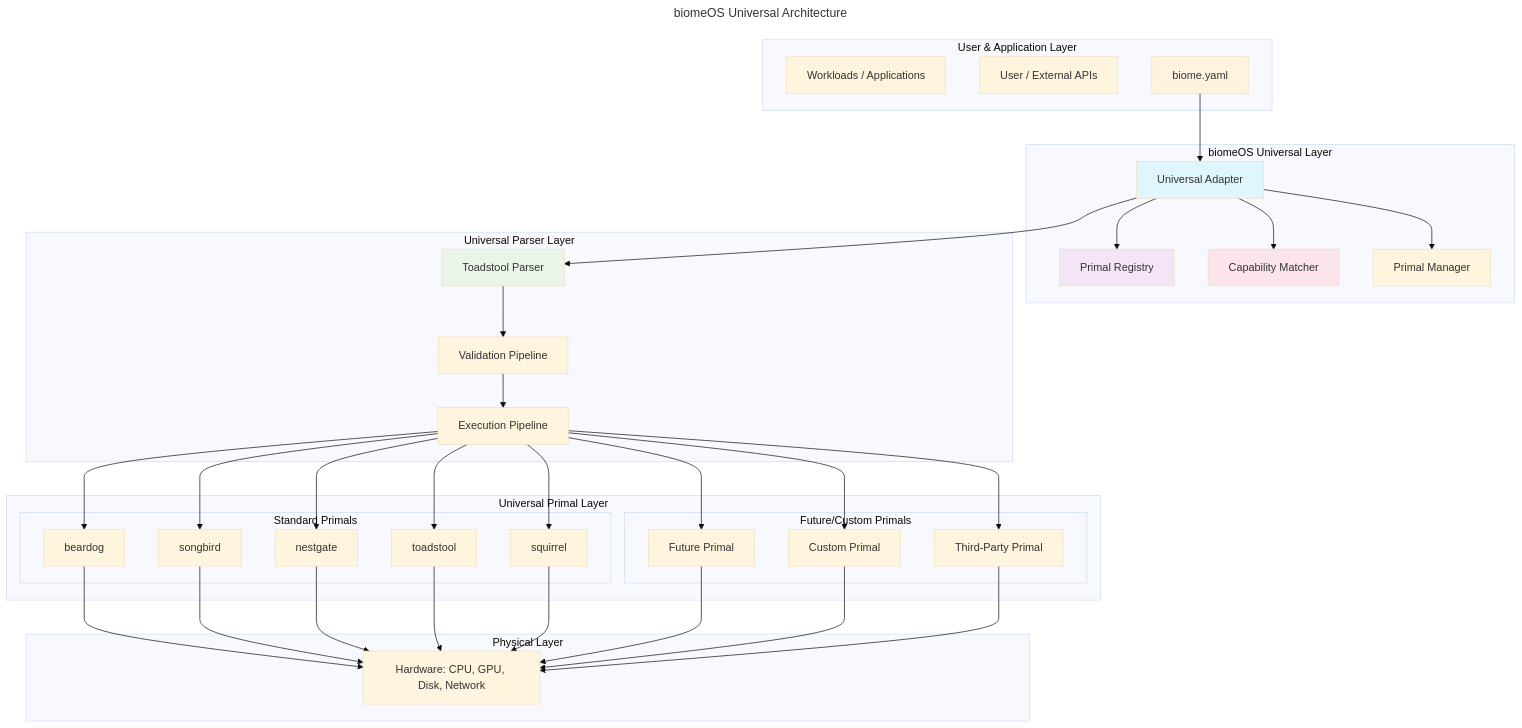
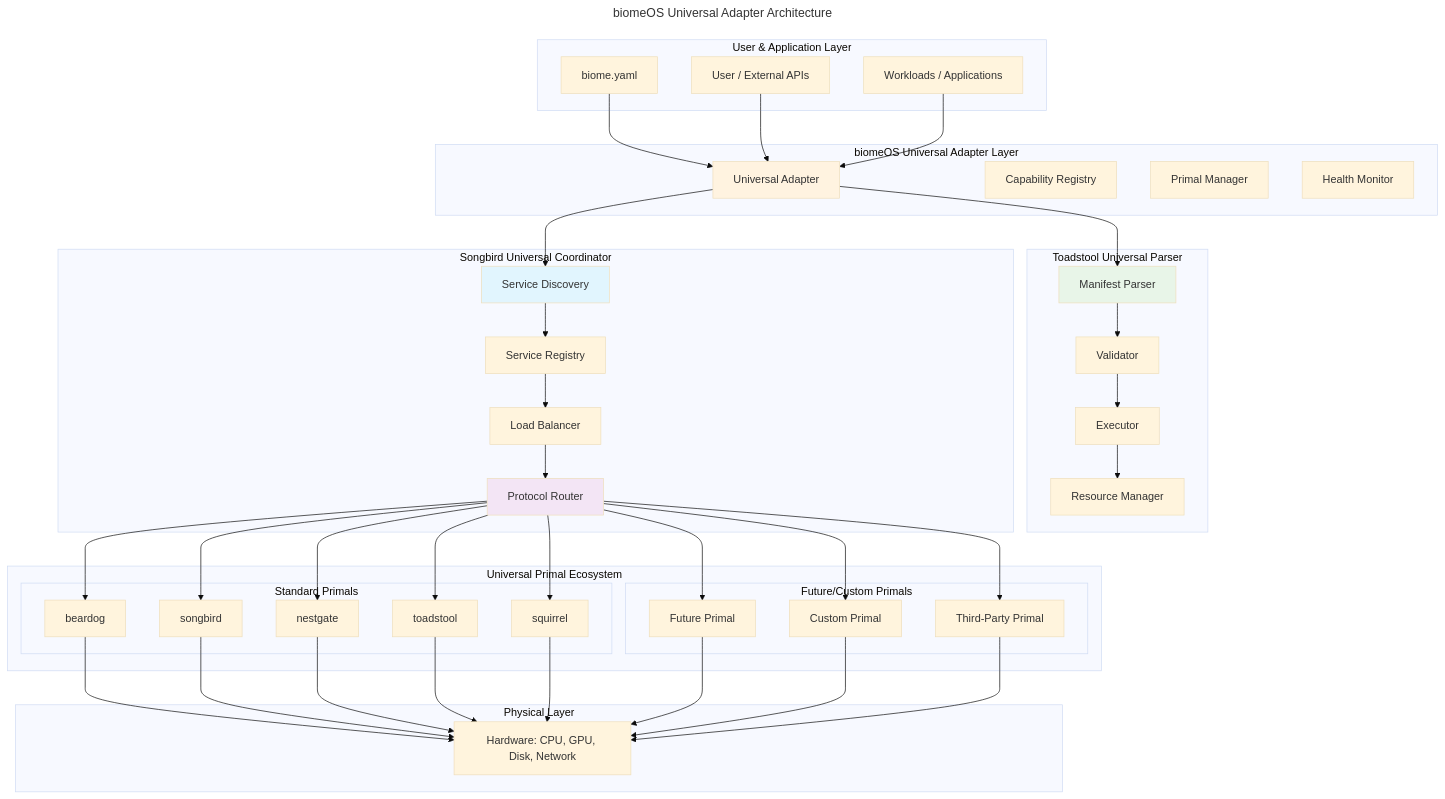
Before and after one commit to ecoPrimals/biomeOS: the diagram in specs/ARCHITECTURE_OVERVIEW.md, drawn with Mermaid (base theme). The commit also changed other lines of this file and 58 other files, not shown here.

````diff
--- a/specs/ARCHITECTURE_OVERVIEW.md
+++ b/specs/ARCHITECTURE_OVERVIEW.md
@@ -22,6 +27,6 @@
 ```mermaid
 ---
-title: biomeOS Universal Architecture
+title: biomeOS Universal Adapter Architecture
 ---
 graph TB
     subgraph "User & Application Layer"
@@ -30,26 +35,34 @@
         Y[biome.yaml]
     end
 
-    subgraph "biomeOS Universal Layer"
+    subgraph "biomeOS Universal Adapter Layer"
         UA[Universal Adapter]
-        PR[Primal Registry]
-        CM[Capability Matcher]
+        CR[Capability Registry]
         PM[Primal Manager]
+        HM[Health Monitor]
     end
 
-    subgraph "Universal Parser Layer"
-        TP[Toadstool Parser]
-        VP[Validation Pipeline]
-        EP[Execution Pipeline]
+    subgraph "Toadstool Universal Parser"
+        TP[Manifest Parser]
+        TV[Validator]
+        TE[Executor]
+        TR[Resource Manager]
+    end
+    
+    subgraph "Songbird Universal Coordinator"
+        SD[Service Discovery]
+        SR[Service Registry]
+        SL[Load Balancer]
+        SP[Protocol Router]
     end
 
-    subgraph "Universal Primal Layer"
+    subgraph "Universal Primal Ecosystem"
         subgraph "Standard Primals"
-            B[beardog]
-            S[songbird]
-            N[nestgate]
-            T[toadstool]
-            Q[squirrel]
+            BD[beardog]
+            SB[songbird]
+            NG[nestgate]
+            TS[toadstool]
+            SQ[squirrel]
         end
         
         subgraph "Future/Custom Primals"
@@ -64,37 +77,42 @@
     end
 
     Y --> UA
-    UA --> PR
-    UA --> CM
-    UA --> PM
+    U --> UA
+    A --> UA
     
     UA --> TP
-    TP --> VP
-    VP --> EP
+    UA --> SD
     
-    EP --> B
-    EP --> S
-    EP --> N
-    EP --> T
-    EP --> Q
+    TP --> TV
+    TV --> TE
+    TE --> TR
     
-    EP --> FP
-    EP --> CP
-    EP --> TP2
+    SD --> SR
+    SR --> SL
+    SL --> SP
     
-    B --> H
-    S --> H
-    N --> H
-    T --> H
-    Q --> H
+    SP --> BD
+    SP --> SB
+    SP --> NG
+    SP --> TS
+    SP --> SQ
+    
+    SP --> FP
+    SP --> CP
+    SP --> TP2
+    
+    BD --> H
+    SB --> H
+    NG --> H
+    TS --> H
+    SQ --> H
     
     FP --> H
     CP --> H
     TP2 --> H
 
     style TP fill:#e8f5e8
-    style UA fill:#e1f5fe
-    style Y fill:#fff3e0
-    style PR fill:#f3e5f5
-    style CM fill:#fce4ec
+    style SD fill:#e1f5fe
+    style UA fill:#fff3e0
+    style SP fill:#f3e5f5
 ```
````
